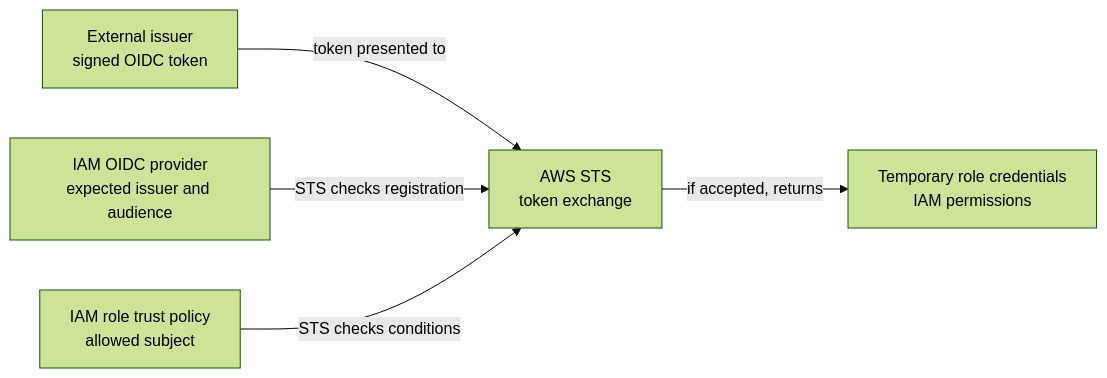
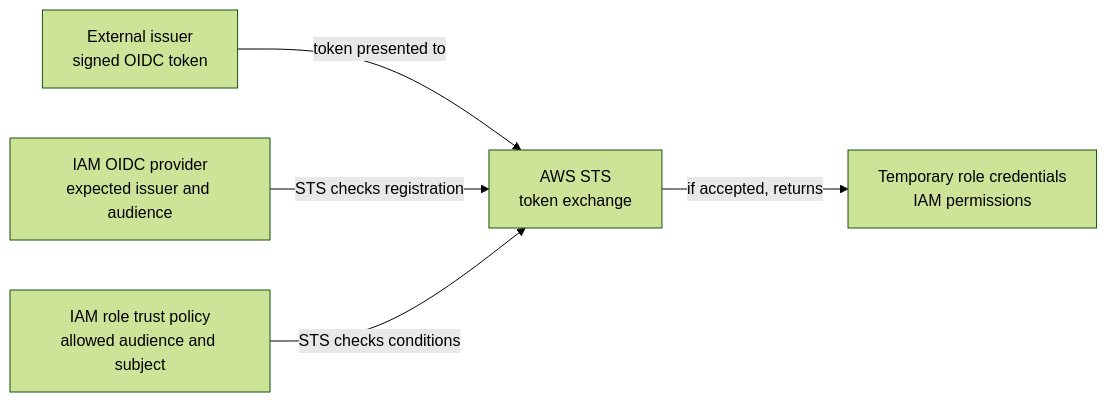
Before and after one commit to David-A18/MY-humble-knowledge-for-everyone: the diagram in knowledge/cloud/aws/security/iam-oidc-provider-and-sts-web-identity.md, drawn with Mermaid (forest theme). The commit also changed other lines of this file and 3 other files, not shown here.

````diff
--- a/knowledge/cloud/aws/security/iam-oidc-provider-and-sts-web-identity.md
+++ b/knowledge/cloud/aws/security/iam-oidc-provider-and-sts-web-identity.md
@@ -52,12 +61,12 @@
 ```mermaid
 flowchart LR
   issuer["External issuer<br/>signed OIDC token"]
   provider["IAM OIDC provider<br/>expected issuer and audience"]
-  trust["IAM role trust policy<br/>allowed subject"]
+  trust["IAM role trust policy<br/>allowed audience and subject"]
   sts["AWS STS<br/>token exchange"]
   role["Temporary role credentials<br/>IAM permissions"]
   issuer -- "token presented to" --> sts
   provider -- "STS checks registration" --> sts
   trust -- "STS checks conditions" --> sts
   sts -- "if accepted, returns" --> role
 ```
````
